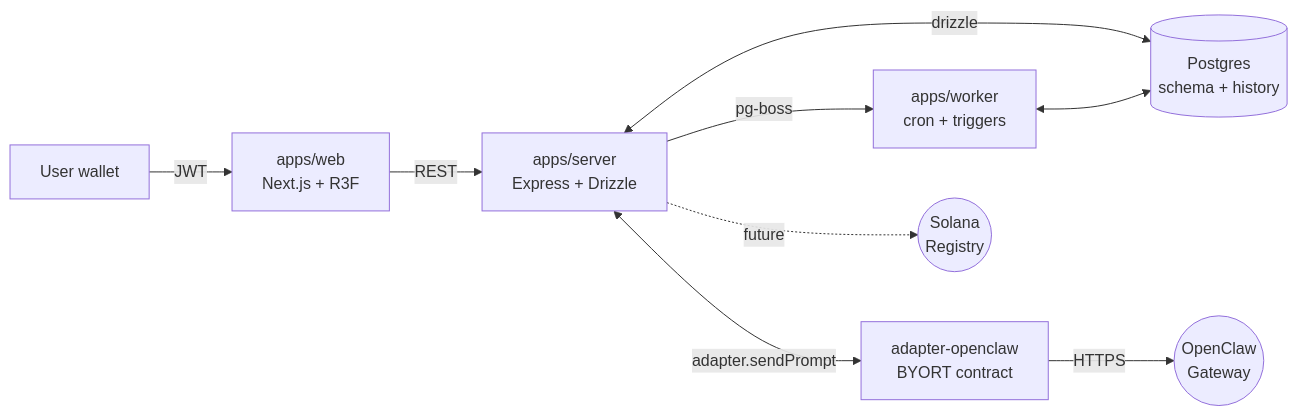
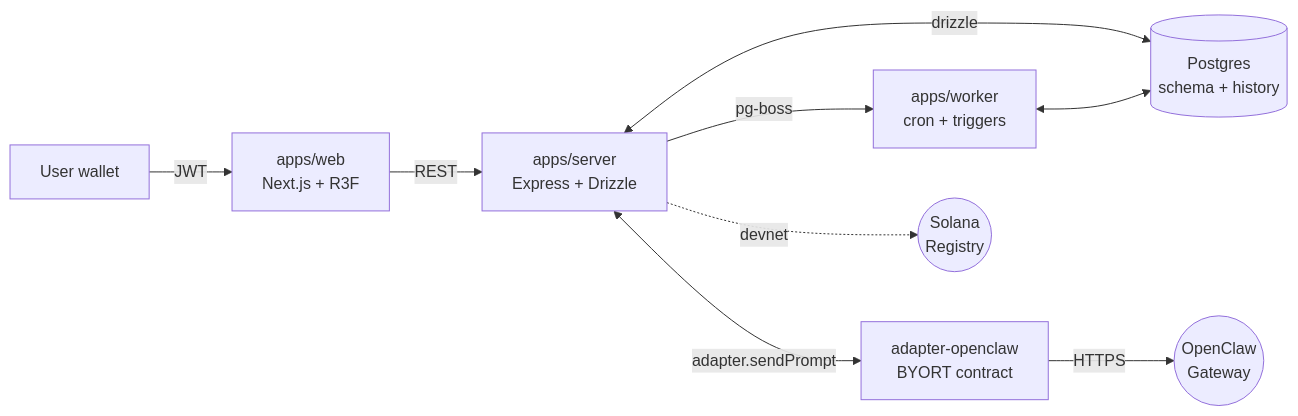
Before and after one commit to Occa-Labs/occa-core: the first of 2 diagrams in README.md, drawn with Mermaid. The commit also changed other lines of this file and 1 other file, not shown here.

````diff
--- a/README.md
+++ b/README.md
@@ -43,11 +43,11 @@
 ```mermaid
 flowchart LR
   User[User wallet] -->|JWT| Web[apps/web<br/>Next.js + R3F]
   Web -->|REST| Server[apps/server<br/>Express + Drizzle]
   Server -->|pg-boss| Worker[apps/worker<br/>cron + triggers]
   Server <-->|adapter.sendPrompt| Adapter[adapter-openclaw<br/>BYORT contract]
   Adapter -->|HTTPS| Gateway((OpenClaw<br/>Gateway))
   Server <-->|drizzle| DB[(Postgres<br/>schema + history)]
   Worker <--> DB
-  Server -.->|future| Chain((Solana<br/>Registry))
+  Server -.->|devnet| Chain((Solana<br/>Registry))
 ```
````
